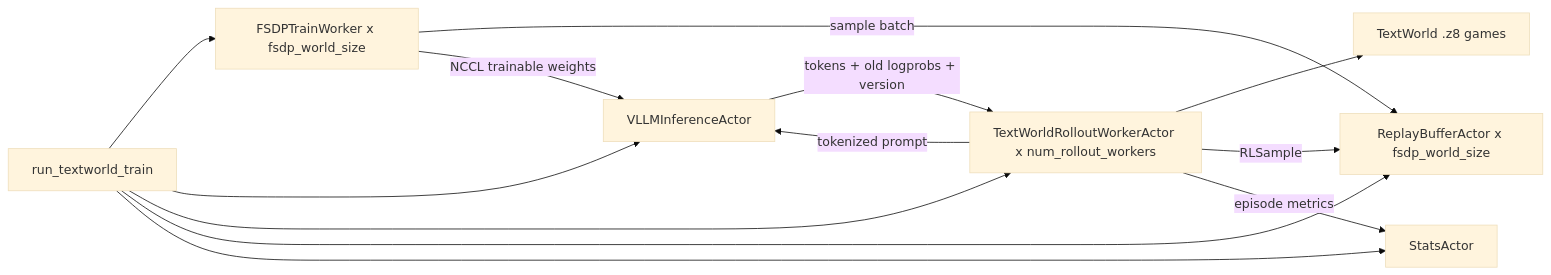
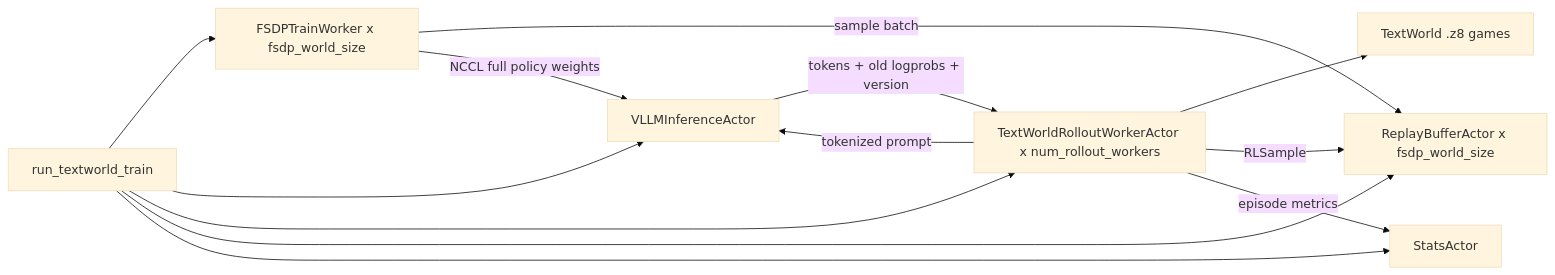
Before and after one commit to distanceLu/AcceRL-Agent: the diagram in README.md, drawn with Mermaid (base theme). The commit also changed other lines of this file and 2 other files, not shown here.

````diff
--- a/README.md
+++ b/README.md
@@ -242,24 +240,24 @@
 ```mermaid
 flowchart LR
     Main["run_textworld_train"]
     Trainer["FSDPTrainWorker x fsdp_world_size"]
     Infer["VLLMInferenceActor"]
     Rollout["TextWorldRolloutWorkerActor x num_rollout_workers"]
     Replay["ReplayBufferActor x fsdp_world_size"]
     Stats["StatsActor"]
     Env["TextWorld .z8 games"]
 
     Main --> Trainer
     Main --> Infer
     Main --> Rollout
     Main --> Replay
     Main --> Stats
 
     Rollout --> Env
     Rollout -->|"tokenized prompt"| Infer
     Infer -->|"tokens + old logprobs + version"| Rollout
     Rollout -->|"RLSample"| Replay
     Rollout -->|"episode metrics"| Stats
     Trainer -->|"sample batch"| Replay
-    Trainer -->|"NCCL trainable weights"| Infer
+    Trainer -->|"NCCL full policy weights"| Infer
 ```
````
